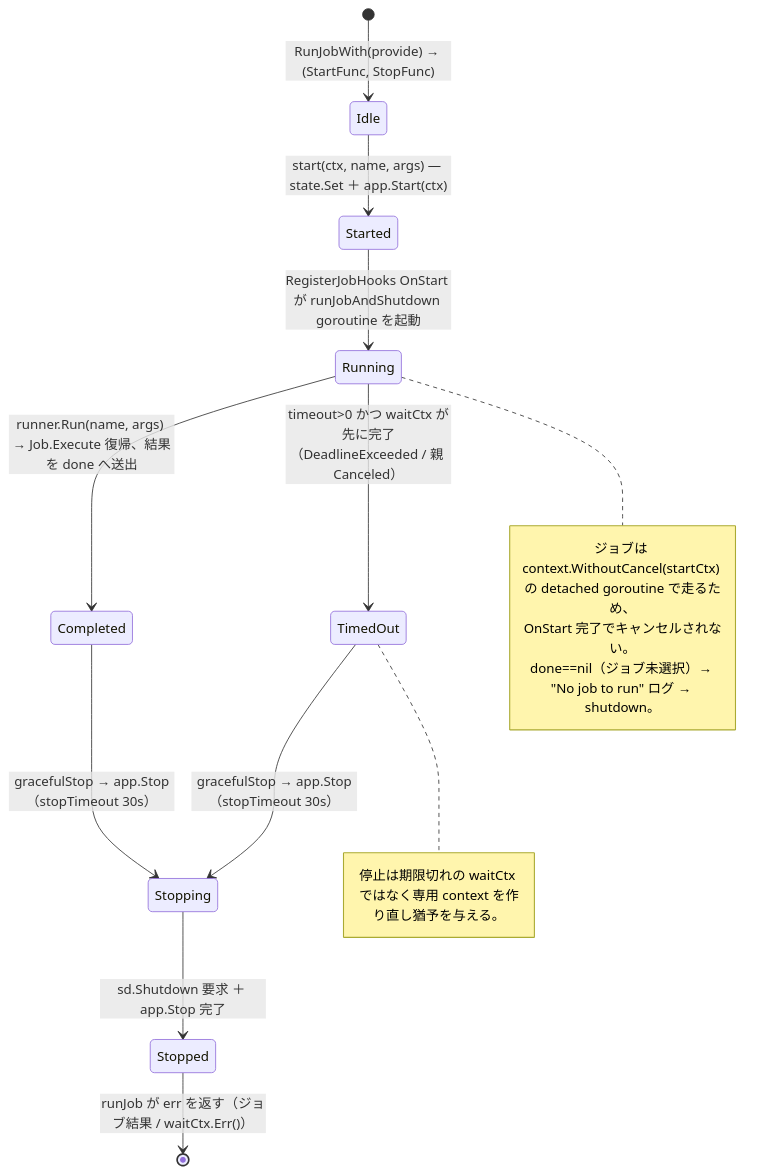
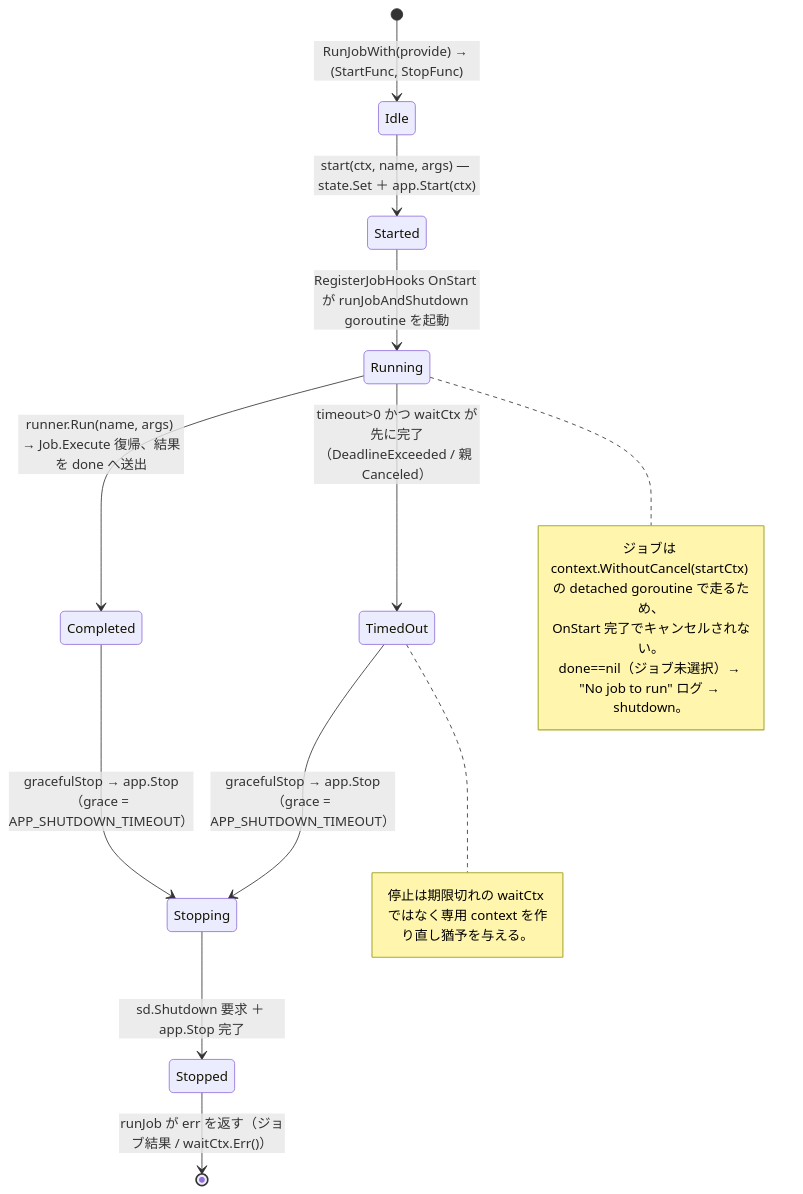
The first of 6 diagrams in docs/ja/design/job.ja.md (Tomy-ch/go-boilerplate), drawn with Mermaid before and after one commit. The commit also changed other lines of this file and 21 other files, not shown here.

````diff
--- a/docs/ja/design/job.ja.md
+++ b/docs/ja/design/job.ja.md
@@ -32,21 +32,21 @@
 ```mermaid
 stateDiagram-v2
     [*] --> Idle: RunJobWith(provide) → (StartFunc, StopFunc)
     Idle --> Started: start(ctx, name, args) — state.Set ＋ app.Start(ctx)
     Started --> Running: RegisterJobHooks OnStart が runJobAndShutdown goroutine を起動
     Running --> Completed: runner.Run(name, args) → Job.Execute 復帰、結果を done へ送出
     Running --> TimedOut: timeout>0 かつ waitCtx が先に完了（DeadlineExceeded / 親 Canceled）
-    Completed --> Stopping: gracefulStop → app.Stop（stopTimeout 30s）
-    TimedOut --> Stopping: gracefulStop → app.Stop（stopTimeout 30s）
+    Completed --> Stopping: gracefulStop → app.Stop（grace = APP_SHUTDOWN_TIMEOUT）
+    TimedOut --> Stopping: gracefulStop → app.Stop（grace = APP_SHUTDOWN_TIMEOUT）
     Stopping --> Stopped: sd.Shutdown 要求 ＋ app.Stop 完了
     Stopped --> [*]: runJob が err を返す（ジョブ結果 / waitCtx.Err()）
 
     note right of Running
       ジョブは context.WithoutCancel(startCtx) の detached goroutine で走るため、
       OnStart 完了でキャンセルされない。
       done==nil（ジョブ未選択）→ "No job to run" ログ → shutdown。
     end note
     note right of TimedOut
       停止は期限切れの waitCtx ではなく専用 context を作り直し猶予を与える。
     end note
 ```
````
